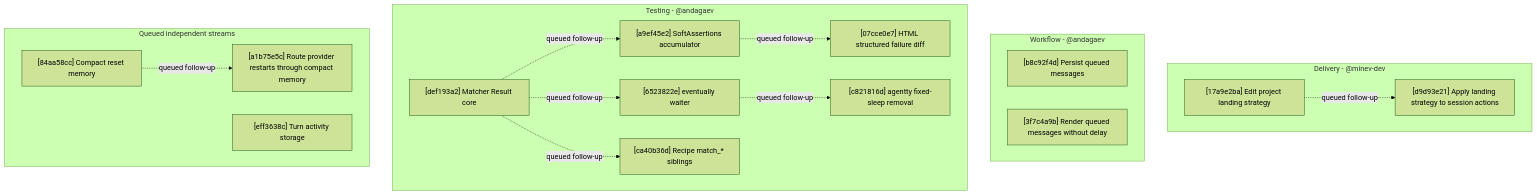
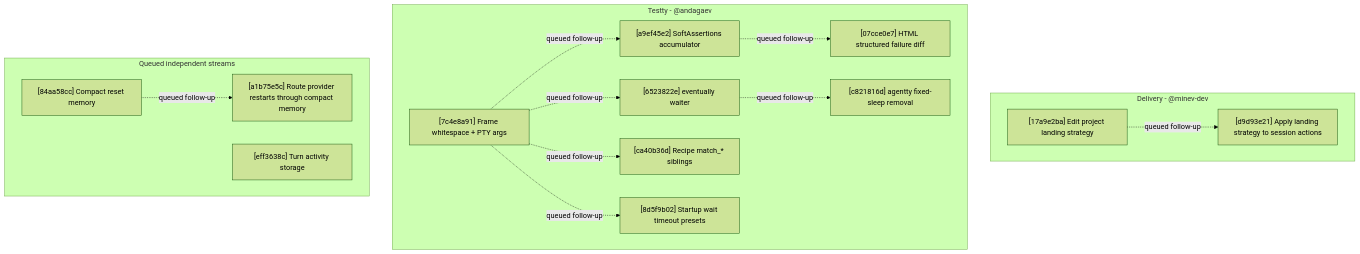
The diagram in docs/plan/roadmap.md (agentty-xyz/agentty), drawn with Mermaid (forest theme) before and after one commit. The commit also changed other lines of this file, not shown here.

````diff
--- a/docs/plan/roadmap.md
+++ b/docs/plan/roadmap.md
@@ -258,34 +201,31 @@
 ```mermaid
 flowchart TD
     subgraph DeliveryLane["Delivery - @minev-dev"]
         D1["[17a9e2ba] Edit project landing strategy"]
         D2["[d9d93e21] Apply landing strategy to session actions"]
         D1 -. queued follow-up .-> D2
     end
 
-    subgraph WorkflowLane["Workflow - @andagaev"]
-        W2["[b8c92f4d] Persist queued messages"]
-        W4["[3f7c4a9b] Render queued messages without delay"]
-    end
-
-    subgraph TestingLane["Testing - @andagaev"]
-        T1["[def193a2] Matcher Result core"]
-        T2["[a9ef45e2] SoftAssertions accumulator"]
-        T3["[6523822e] eventually waiter"]
+    subgraph TesttyLane["Testty - @andagaev"]
+        T1["[7c4e8a91] Frame whitespace + PTY args"]
+        T2["[6523822e] eventually waiter"]
+        T3["[a9ef45e2] SoftAssertions accumulator"]
         T4["[ca40b36d] Recipe match_* siblings"]
         T5["[07cce0e7] HTML structured failure diff"]
         T6["[c821816d] agentty fixed-sleep removal"]
+        T7["[8d5f9b02] Startup wait timeout presets"]
         T1 -. queued follow-up .-> T2
         T1 -. queued follow-up .-> T3
         T1 -. queued follow-up .-> T4
-        T2 -. queued follow-up .-> T5
-        T3 -. queued follow-up .-> T6
+        T1 -. queued follow-up .-> T7
+        T3 -. queued follow-up .-> T5
+        T2 -. queued follow-up .-> T6
     end
 
     subgraph LaterLanes["Queued independent streams"]
         P1["[84aa58cc] Compact reset memory"]
         P2["[a1b75e5c] Route provider restarts through compact memory"]
         S1["[eff3638c] Turn activity storage"]
         P1 -. queued follow-up .-> P2
     end
 ```
````
